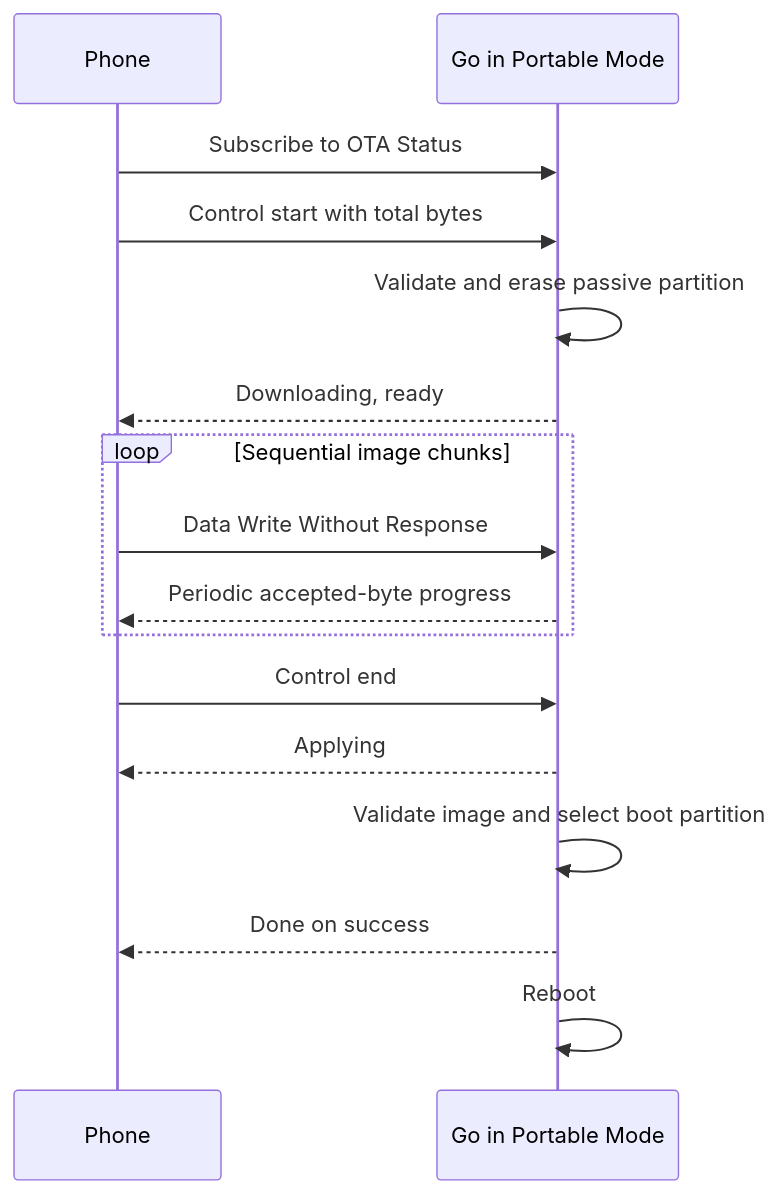
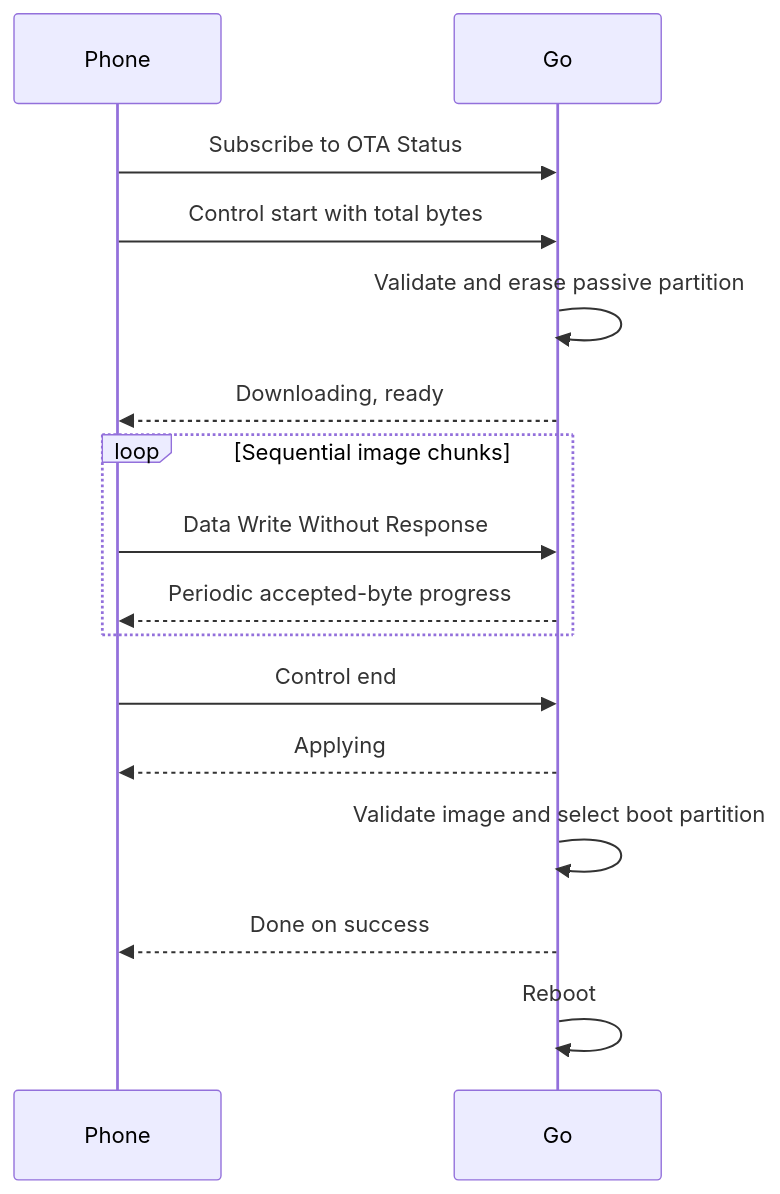
One commit to Open-Air-Foundation/firmware-core changed the sixth of 6 diagrams in products/go/go_ble_client.md. Above: the diagram before and after it, drawn with Mermaid. The commit also changed other lines of this file, not shown here.

````diff
--- a/products/go/go_ble_client.md
+++ b/products/go/go_ble_client.md
@@ -1680,18 +1725,18 @@
 ```mermaid
 sequenceDiagram
     participant Phone
-    participant Device as Go in Portable Mode
+    participant Device as Go
     Phone->>Device: Subscribe to OTA Status
     Phone->>Device: Control start with total bytes
     Device->>Device: Validate and erase passive partition
     Device-->>Phone: Downloading, ready
     loop Sequential image chunks
         Phone->>Device: Data Write Without Response
         Device-->>Phone: Periodic accepted-byte progress
     end
     Phone->>Device: Control end
     Device-->>Phone: Applying
     Device->>Device: Validate image and select boot partition
     Device-->>Phone: Done on success
     Device->>Device: Reboot
 ```
````
